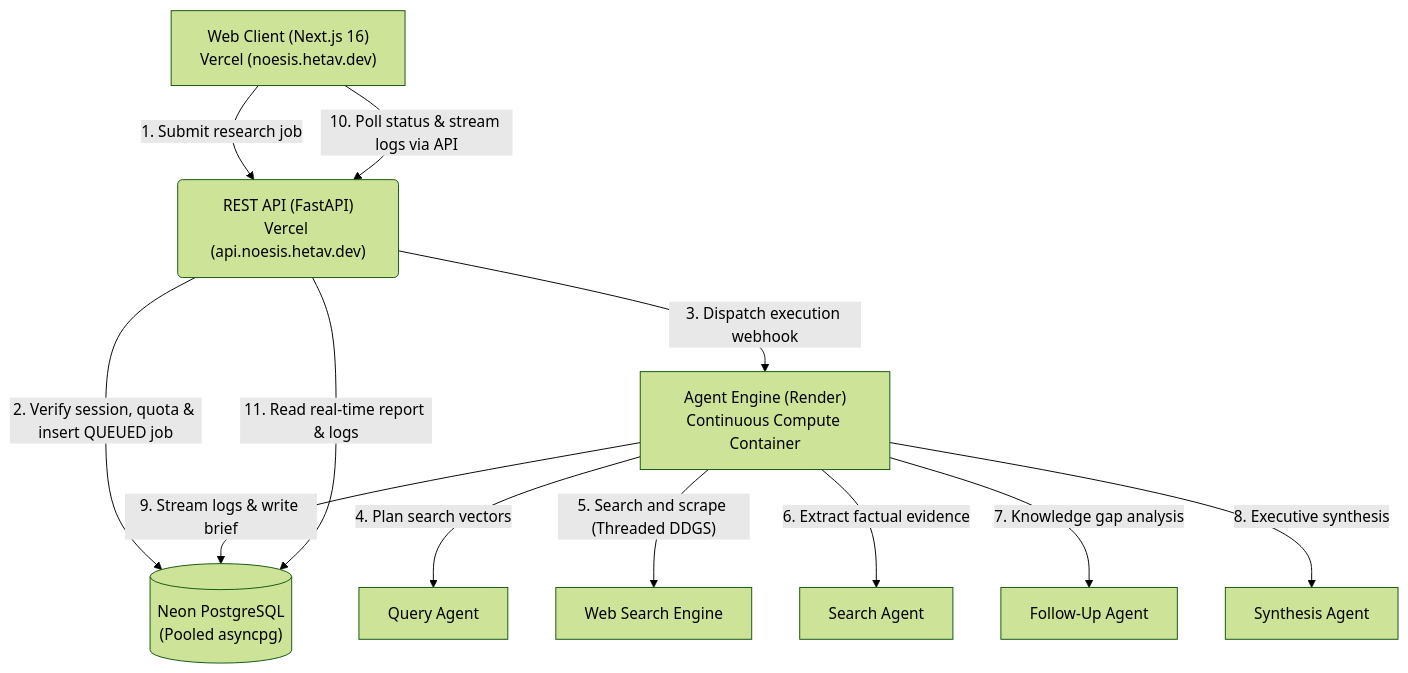
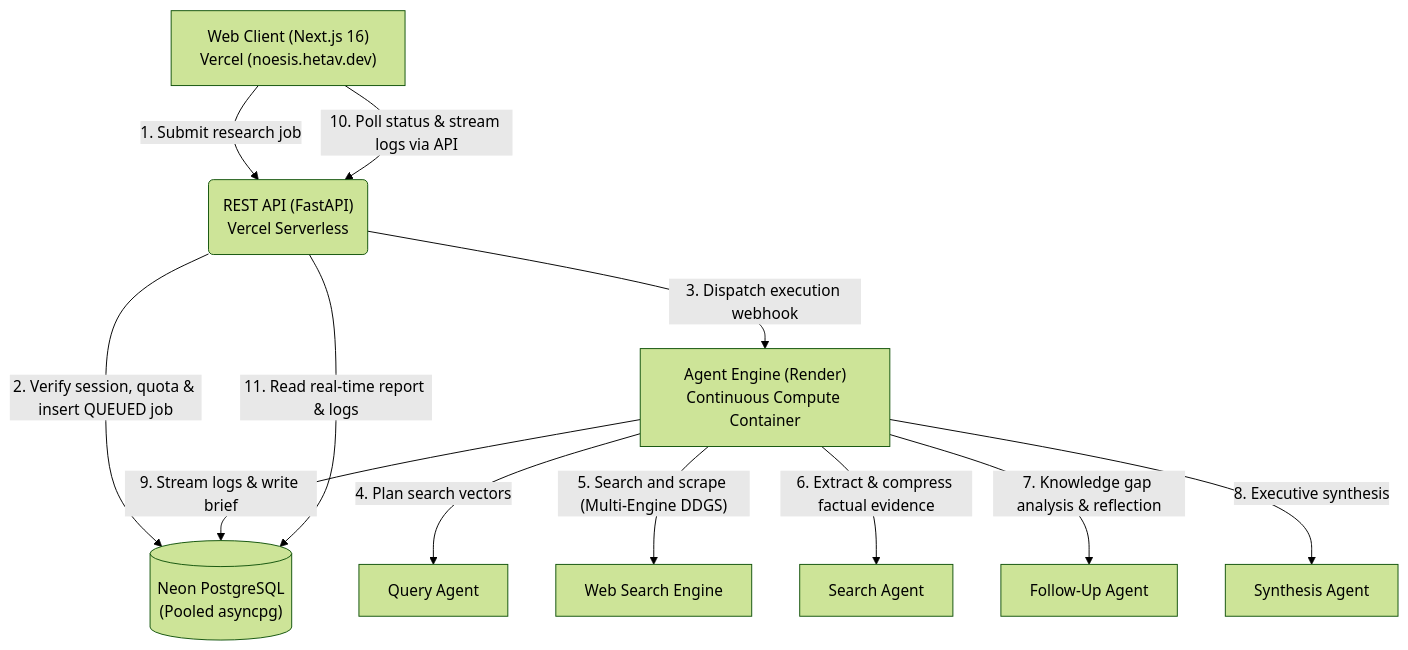
Before and after one commit to Hetav21/Noesis: the diagram in README.md, drawn with Mermaid (forest theme). The commit also changed other lines of this file and 2 other files, not shown here.

````diff
--- a/README.md
+++ b/README.md
@@ -22,14 +34,14 @@
 ```mermaid
 graph TD
-    A["Web Client (Next.js 16)<br/>Vercel (noesis.hetav.dev)"] -->|"1. Submit research job"| B("REST API (FastAPI)<br/>Vercel (api.noesis.hetav.dev)")
+    A["Web Client (Next.js 16)<br/>Vercel (noesis.hetav.dev)"] -->|"1. Submit research job"| B("REST API (FastAPI)<br/>Vercel Serverless")
     B -->|"2. Verify session, quota & insert QUEUED job"| C[("Neon PostgreSQL<br/>(Pooled asyncpg)")]
     B -->|"3. Dispatch execution webhook"| D["Agent Engine (Render)<br/>Continuous Compute Container"]
     D -->|"4. Plan search vectors"| E["Query Agent"]
-    D -->|"5. Search and scrape (Threaded DDGS)"| F["Web Search Engine"]
-    D -->|"6. Extract factual evidence"| G["Search Agent"]
-    D -->|"7. Knowledge gap analysis"| H["Follow-Up Agent"]
+    D -->|"5. Search and scrape (Multi-Engine DDGS)"| F["Web Search Engine"]
+    D -->|"6. Extract & compress factual evidence"| G["Search Agent"]
+    D -->|"7. Knowledge gap analysis & reflection"| H["Follow-Up Agent"]
     D -->|"8. Executive synthesis"| I["Synthesis Agent"]
     D -->|"9. Stream logs & write brief"| C
     A -->|"10. Poll status & stream logs via API"| B
     B -->|"11. Read real-time report & logs"| C
 ```
````
